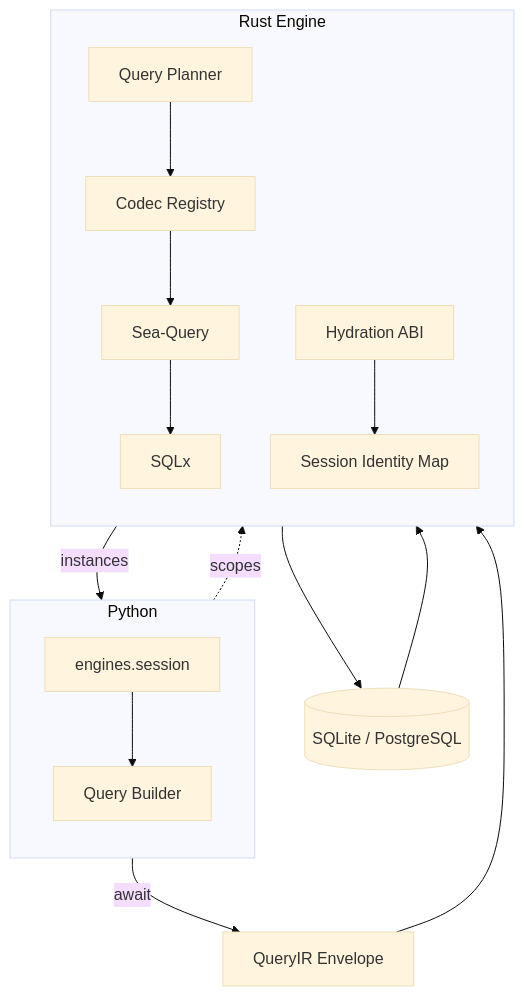
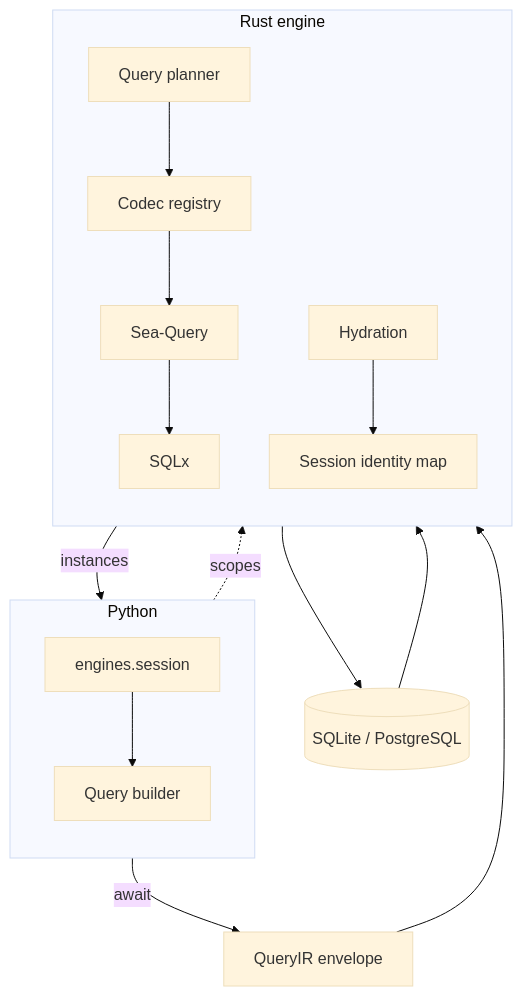
One commit to syn54x/ferro-orm changed the second of 4 diagrams in docs/pages/concepts/architecture.md. Above: the diagram before and after it, drawn with Mermaid (base theme). The commit also changed other lines of this file and 229 other files, not shown here.

````diff
--- a/docs/pages/concepts/architecture.md
+++ b/docs/pages/concepts/architecture.md
@@ -56,30 +68,30 @@
 ```mermaid
 graph TB
     subgraph python [Python]
         direction TB
         Session[engines.session]
-        Builder[Query Builder]
+        Builder[Query builder]
         Session --> Builder
     end
 
-    Builder -->|await| QueryIR[QueryIR Envelope]
+    Builder -->|await| QueryIR[QueryIR envelope]
 
     QueryIR --> Planner
 
-    subgraph rust [Rust Engine]
+    subgraph rust [Rust engine]
         direction TB
-        Planner[Query Planner]
-        Codec[Codec Registry]
+        Planner[Query planner]
+        Codec[Codec registry]
         SeaQuery[Sea-Query]
         SQLx[SQLx]
-        Hydration[Hydration ABI]
-        IdentityMap[Session Identity Map]
+        Hydration[Hydration]
+        IdentityMap[Session identity map]
         Planner --> Codec --> SeaQuery --> SQLx
         Hydration --> IdentityMap
     end
 
     SQLx --> DB[(SQLite / PostgreSQL)]
     DB --> Hydration
     IdentityMap -->|instances| Builder
     Session -.->|scopes| IdentityMap
 ```
````
